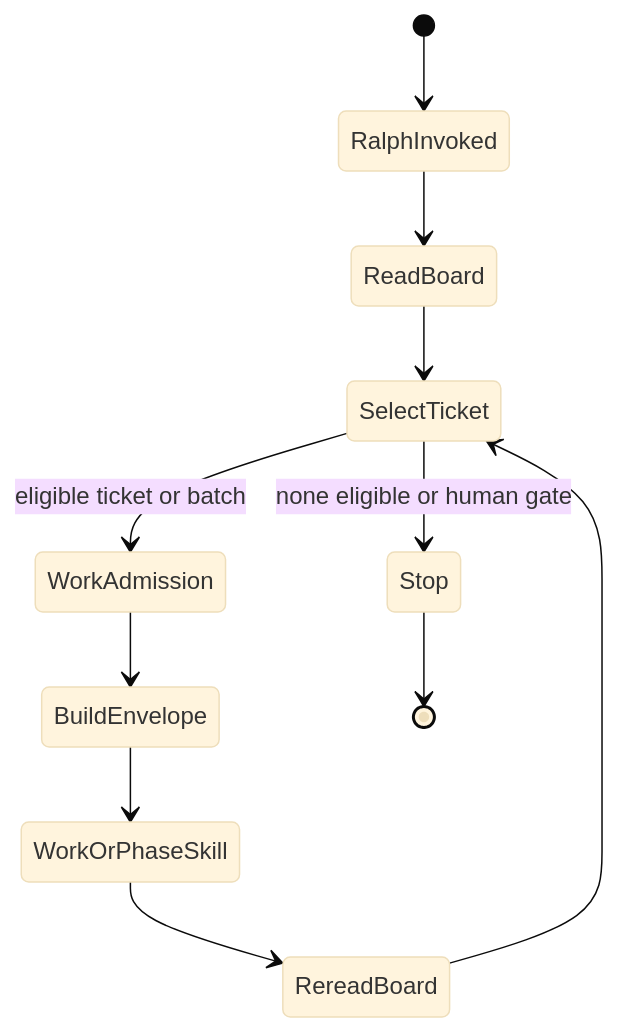
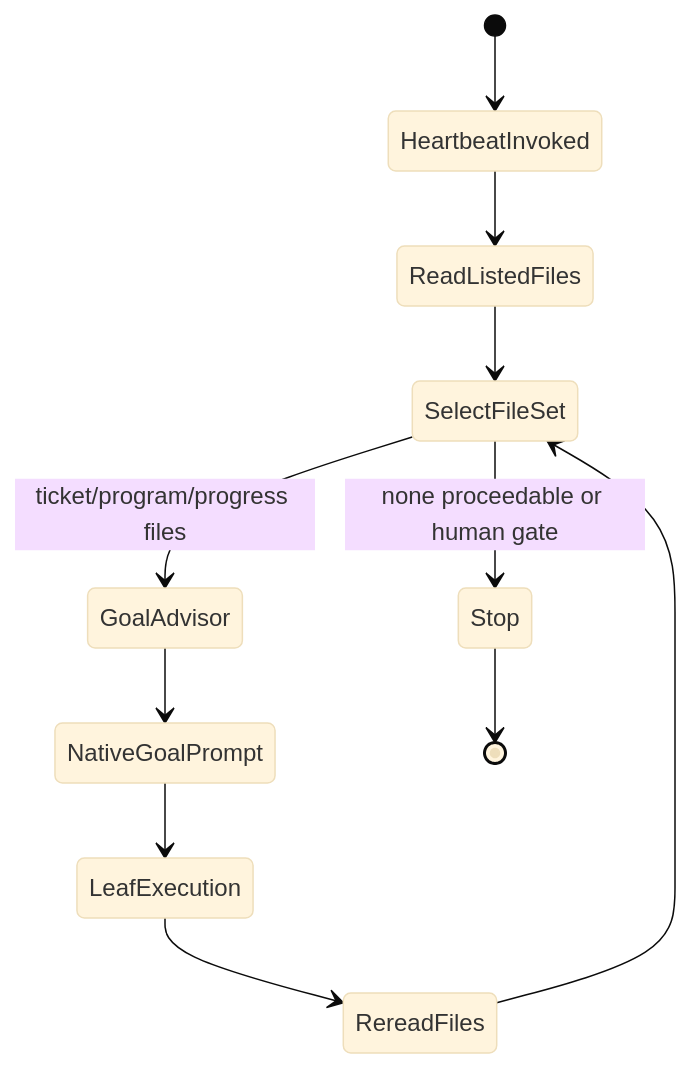
The third of 4 diagrams in docs/specs/invocation-and-adapters.md (ZanarkandTechnologies/Farplane), drawn with Mermaid (base theme) before and after one commit. The commit also changed other lines of this file and 36 other files, not shown here.

Commit message:
Promote goal advisor execution compiler

````diff
--- a/docs/specs/invocation-and-adapters.md
+++ b/docs/specs/invocation-and-adapters.md
@@ -449,13 +451,13 @@
 ```mermaid
 stateDiagram-v2
-  [*] --> RalphInvoked
-  RalphInvoked --> ReadBoard
-  ReadBoard --> SelectTicket
-  SelectTicket --> Stop: none eligible or human gate
-  SelectTicket --> WorkAdmission: eligible ticket or batch
-  WorkAdmission --> BuildEnvelope
-  BuildEnvelope --> WorkOrPhaseSkill
-  WorkOrPhaseSkill --> RereadBoard
-  RereadBoard --> SelectTicket
+  [*] --> HeartbeatInvoked
+  HeartbeatInvoked --> ReadListedFiles
+  ReadListedFiles --> SelectFileSet
+  SelectFileSet --> Stop: none proceedable or human gate
+  SelectFileSet --> GoalAdvisor: ticket/program/progress files
+  GoalAdvisor --> NativeGoalPrompt
+  NativeGoalPrompt --> LeafExecution
+  LeafExecution --> RereadFiles
+  RereadFiles --> SelectFileSet
   Stop --> [*]
 ```
````
